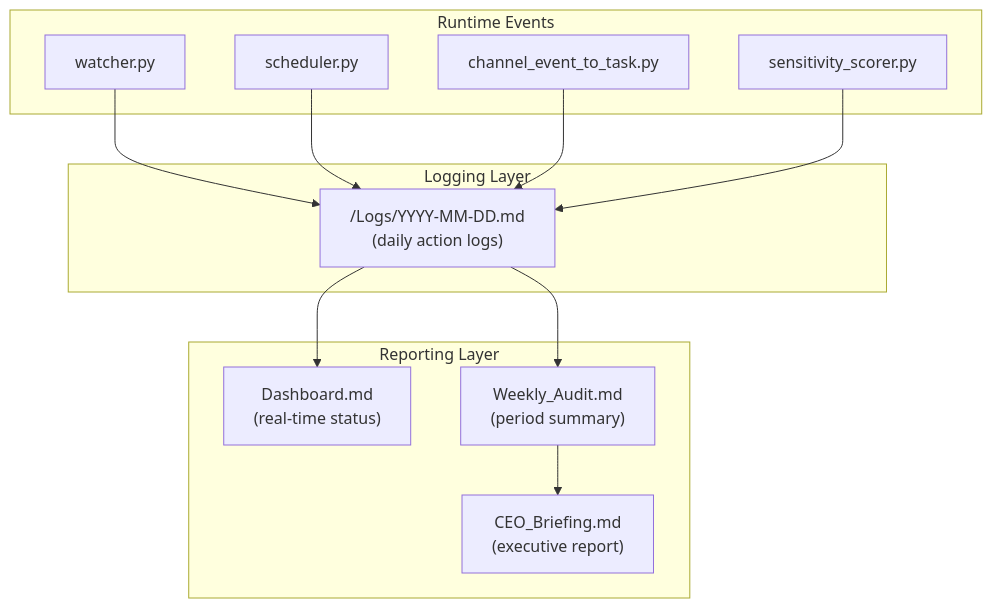
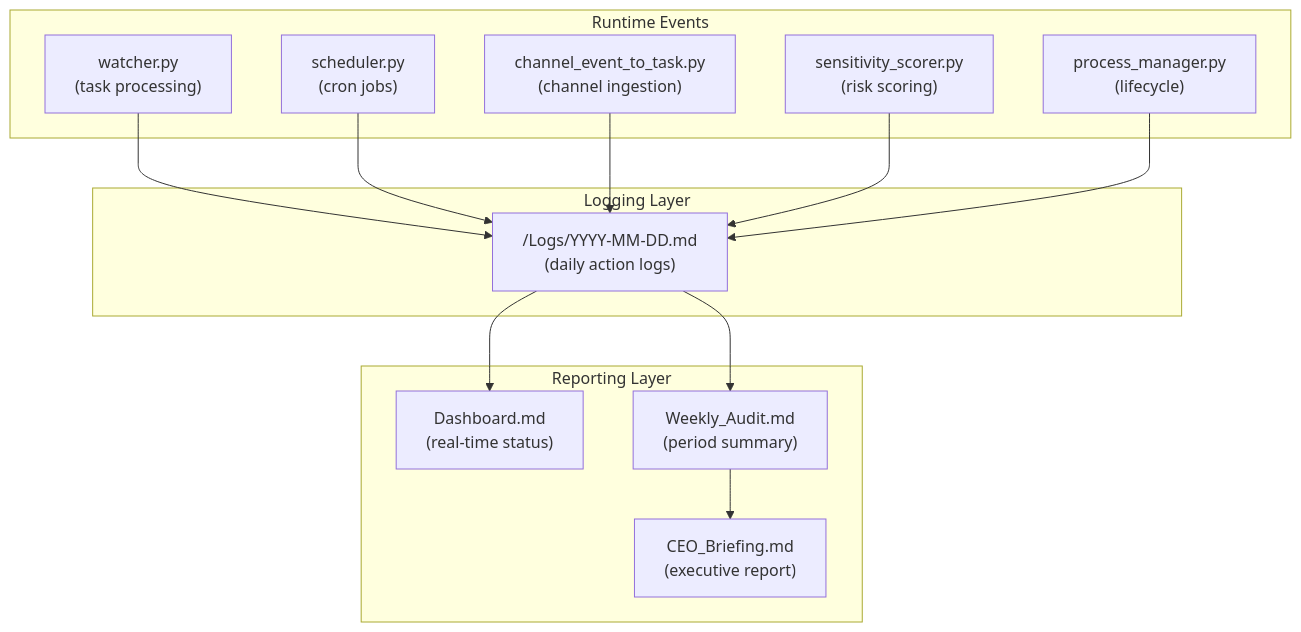
One commit to Ub207/AI_Employee_Vault changed the first of 2 diagrams in Docs/Observability_and_Audit.md. Above: the diagram before and after it, drawn with Mermaid. The commit also changed other lines of this file and 6 other files, not shown here.

````diff
--- a/Docs/Observability_and_Audit.md
+++ b/Docs/Observability_and_Audit.md
@@ -17,27 +19,29 @@
 ```mermaid
 graph TD
     subgraph "Runtime Events"
-        A[watcher.py]
-        B[scheduler.py]
-        C[channel_event_to_task.py]
-        D[sensitivity_scorer.py]
+        A["watcher.py<br/>(task processing)"]
+        B["scheduler.py<br/>(cron jobs)"]
+        C["channel_event_to_task.py<br/>(channel ingestion)"]
+        D["sensitivity_scorer.py<br/>(risk scoring)"]
+        E["process_manager.py<br/>(lifecycle)"]
     end
 
     subgraph "Logging Layer"
-        E["/Logs/YYYY-MM-DD.md\n(daily action logs)"]
+        F["/Logs/YYYY-MM-DD.md<br/>(daily action logs)"]
     end
 
     subgraph "Reporting Layer"
-        F["Dashboard.md\n(real-time status)"]
-        G["Weekly_Audit.md\n(period summary)"]
-        H["CEO_Briefing.md\n(executive report)"]
+        G["Dashboard.md<br/>(real-time status)"]
+        H["Weekly_Audit.md<br/>(period summary)"]
+        I["CEO_Briefing.md<br/>(executive report)"]
     end
 
-    A --> E
-    B --> E
-    C --> E
-    D --> E
+    A --> F
+    B --> F
+    C --> F
+    D --> F
     E --> F
-    E --> G
-    G --> H
+    F --> G
+    F --> H
+    H --> I
 ```
````
